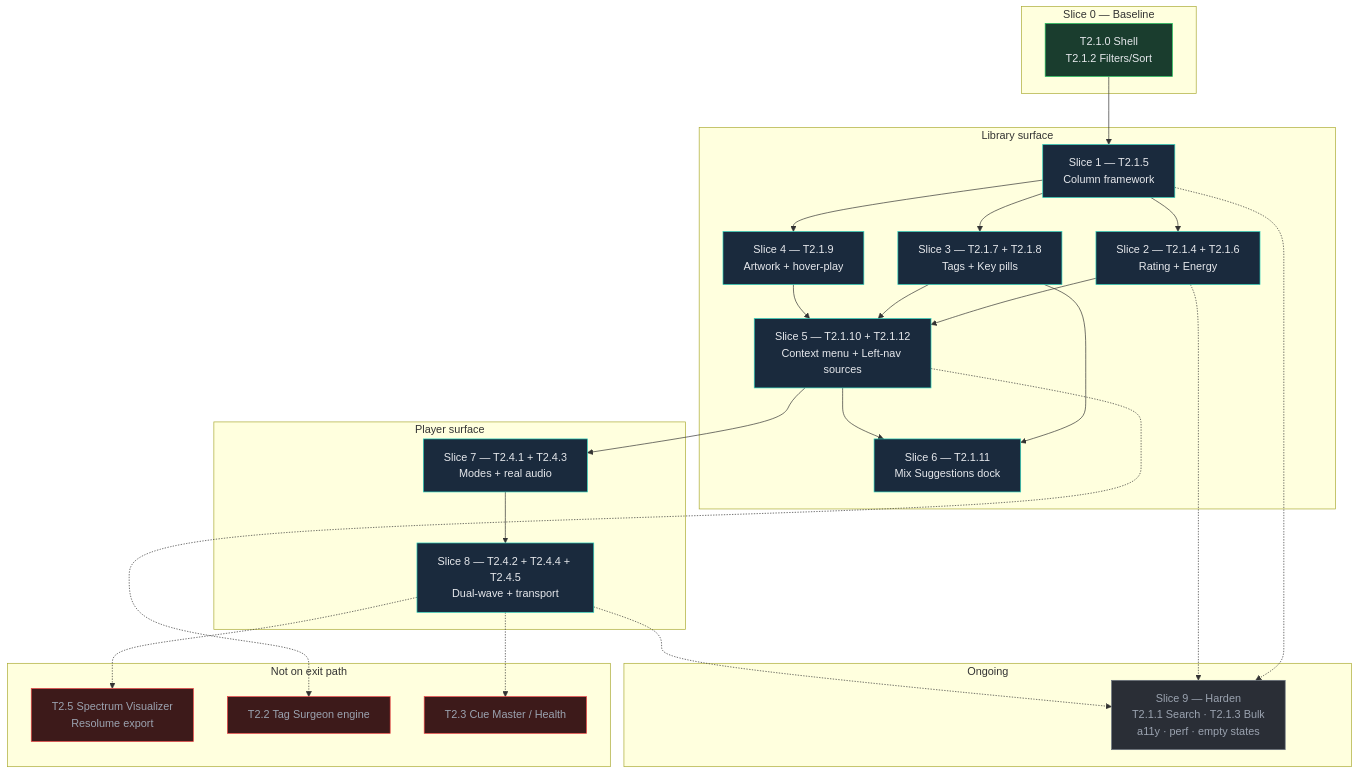
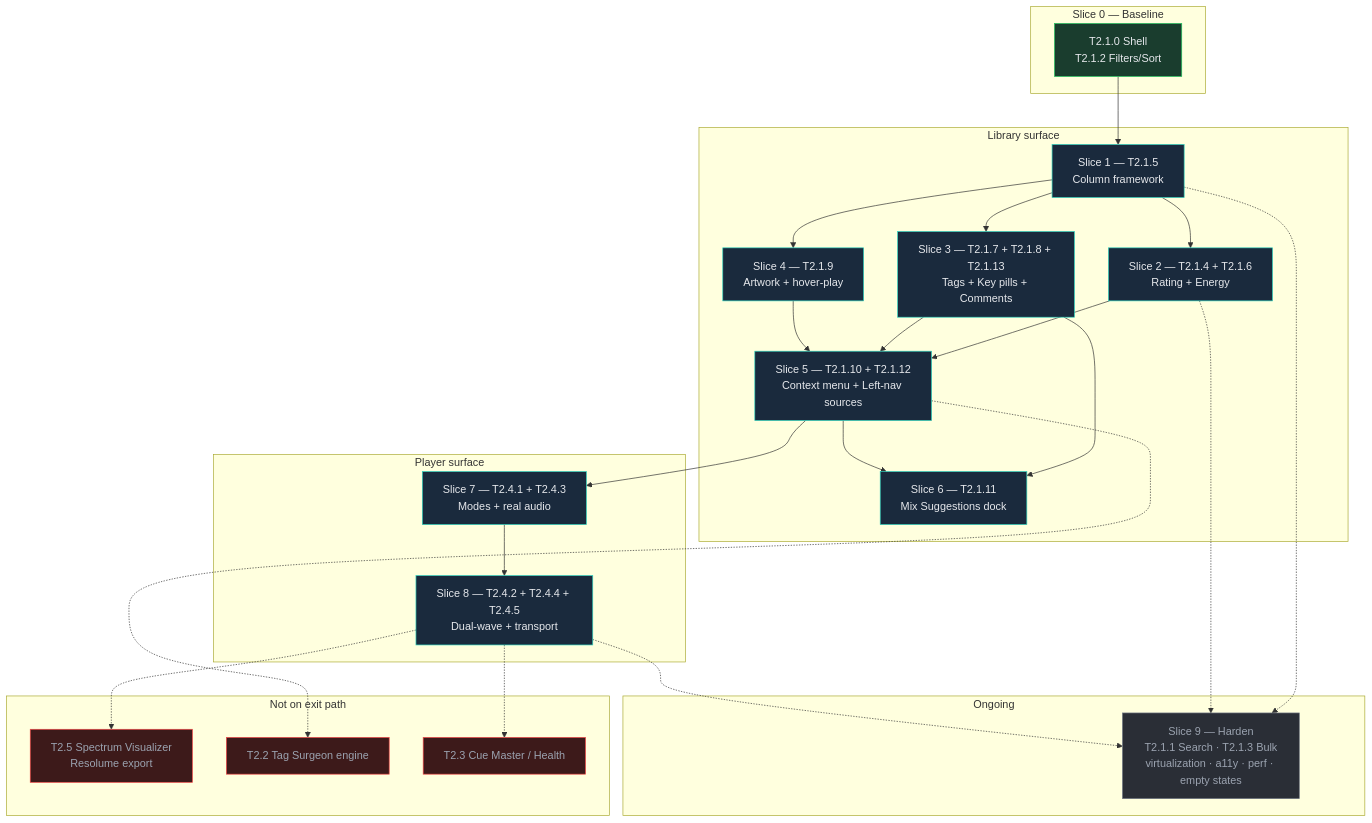
Before and after one commit to iDorgham/DJ-Assistant: the first of 9 diagrams in docs/diagrams/16-phase2-library-player-deps.md, drawn with Mermaid. The commit also changed other lines of this file and 31 other files, not shown here.

````diff
--- a/docs/diagrams/16-phase2-library-player-deps.md
+++ b/docs/diagrams/16-phase2-library-player-deps.md
@@ -13,60 +13,60 @@
 ```mermaid
 flowchart TB
   subgraph Baseline["Slice 0 — Baseline"]
     S0["T2.1.0 Shell<br/>T2.1.2 Filters/Sort"]
   end
 
   subgraph Library["Library surface"]
     S1["Slice 1 — T2.1.5<br/>Column framework"]
     S2["Slice 2 — T2.1.4 + T2.1.6<br/>Rating + Energy"]
-    S3["Slice 3 — T2.1.7 + T2.1.8<br/>Tags + Key pills"]
+    S3["Slice 3 — T2.1.7 + T2.1.8 + T2.1.13<br/>Tags + Key pills + Comments"]
     S4["Slice 4 — T2.1.9<br/>Artwork + hover-play"]
     S5["Slice 5 — T2.1.10 + T2.1.12<br/>Context menu + Left-nav sources"]
     S6["Slice 6 — T2.1.11<br/>Mix Suggestions dock"]
   end
 
   subgraph Player["Player surface"]
     S7["Slice 7 — T2.4.1 + T2.4.3<br/>Modes + real audio"]
     S8["Slice 8 — T2.4.2 + T2.4.4 + T2.4.5<br/>Dual-wave + transport"]
   end
 
   subgraph Hardening["Ongoing"]
-    S9["Slice 9 — Harden<br/>T2.1.1 Search · T2.1.3 Bulk<br/>a11y · perf · empty states"]
+    S9["Slice 9 — Harden<br/>T2.1.1 Search · T2.1.3 Bulk<br/>virtualization · a11y · perf · empty states"]
   end
 
   subgraph OutOfPath["Not on exit path"]
     T25["T2.5 Spectrum Visualizer<br/>Resolume export"]
     T22["T2.2 Tag Surgeon engine"]
     T23["T2.3 Cue Master / Health"]
   end
 
   S0 --> S1
   S1 --> S2
   S1 --> S3
   S1 --> S4
   S2 --> S5
   S3 --> S5
   S4 --> S5
   S3 --> S6
   S5 --> S6
   S5 --> S7
   S7 --> S8
 
   S1 -.-> S9
   S2 -.-> S9
   S8 -.-> S9
 
   S8 -.-> T25
   S5 -.-> T22
   S8 -.-> T23
 
   classDef done fill:#1a3d2e,stroke:#22c55e,color:#e6e8ec
   classDef next fill:#1a2a3d,stroke:#2dd4bf,color:#e6e8ec
   classDef later fill:#2a2e36,stroke:#6b7380,color:#9ba3b0
   classDef out fill:#3d1a1a,stroke:#ef4444,color:#9ba3b0
 
   class S0 done
   class S1,S2,S3,S4,S5,S6,S7,S8 next
   class S9 later
   class T25,T22,T23 out
 ```
````
